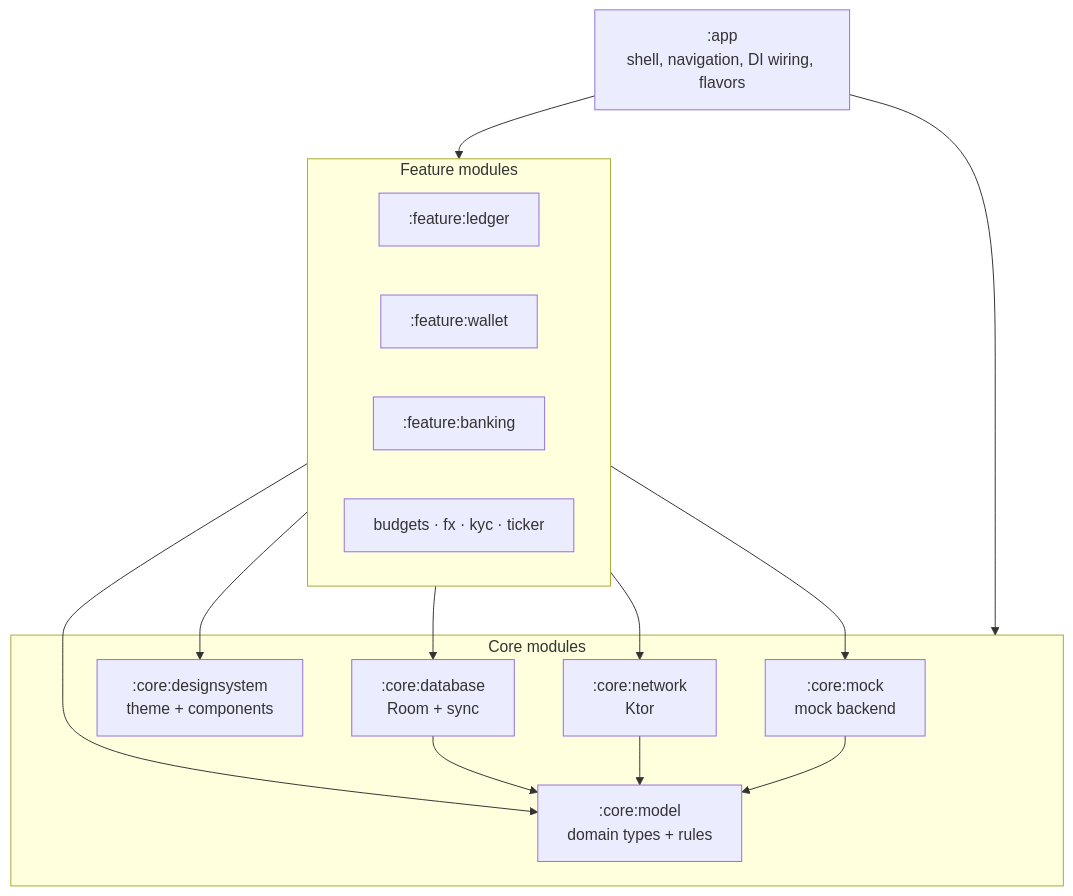
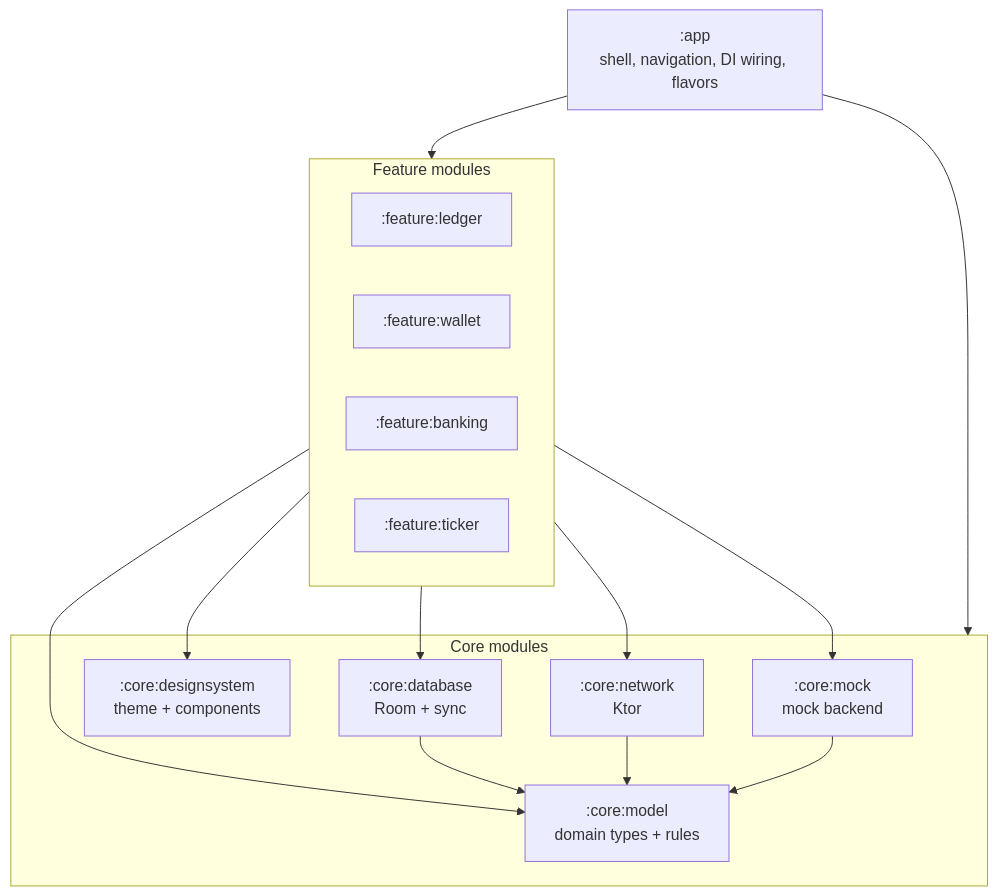
Before and after one commit to sourabhrustagi/Personal-ledger-android: the first of 2 diagrams in docs/ARCHITECTURE.md, drawn with Mermaid. The commit also changed other lines of this file, not shown here.

Commit message:
Update ARCHITECTURE.md for removed feature modules

````diff
--- a/docs/ARCHITECTURE.md
+++ b/docs/ARCHITECTURE.md
@@ -9,27 +9,27 @@
 ```mermaid
 flowchart TD
     app[":app<br/>shell, navigation, DI wiring, flavors"]
     subgraph features [Feature modules]
         ledger[":feature:ledger"]
         wallet[":feature:wallet"]
         banking[":feature:banking"]
-        others["budgets · fx · kyc · ticker"]
+        ticker[":feature:ticker"]
     end
     subgraph core [Core modules]
         model[":core:model<br/>domain types + rules"]
         db[":core:database<br/>Room + sync"]
         net[":core:network<br/>Ktor"]
         ds[":core:designsystem<br/>theme + components"]
         mock[":core:mock<br/>mock backend"]
     end
     app --> features
     app --> core
     features --> model
     features --> ds
     features --> db
     features --> net
     features --> mock
     db --> model
     net --> model
     mock --> model
 ```
````
